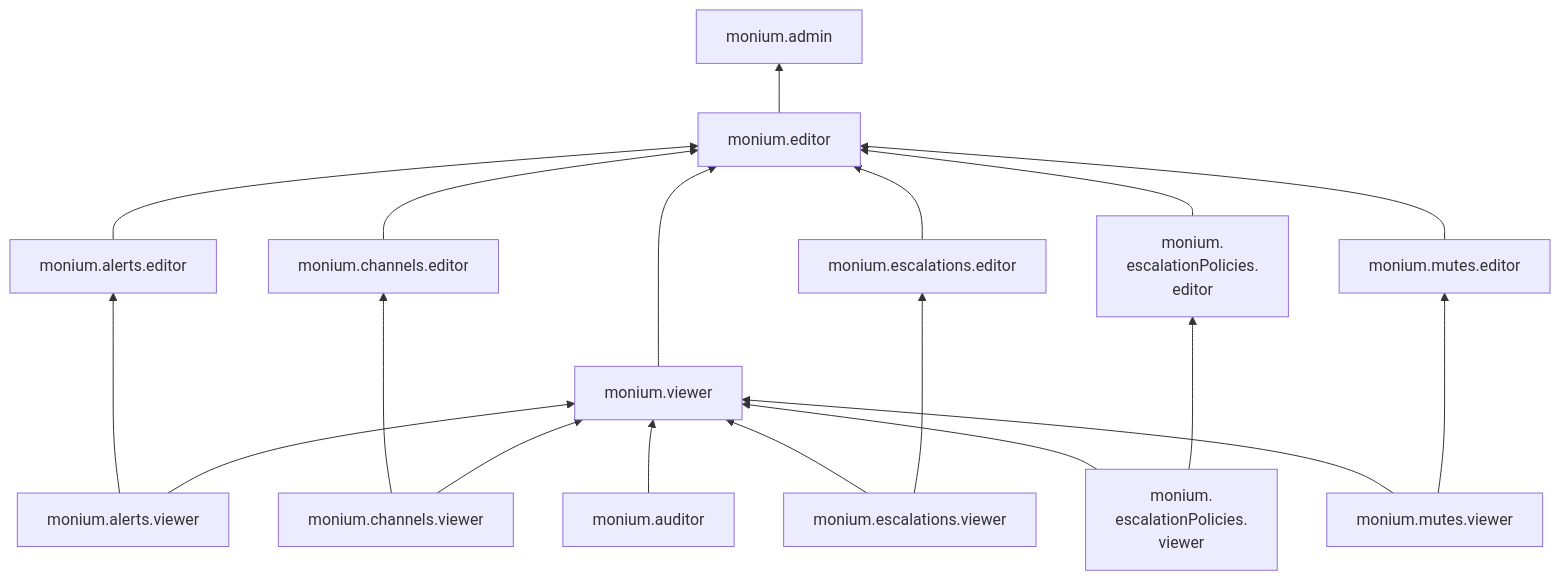
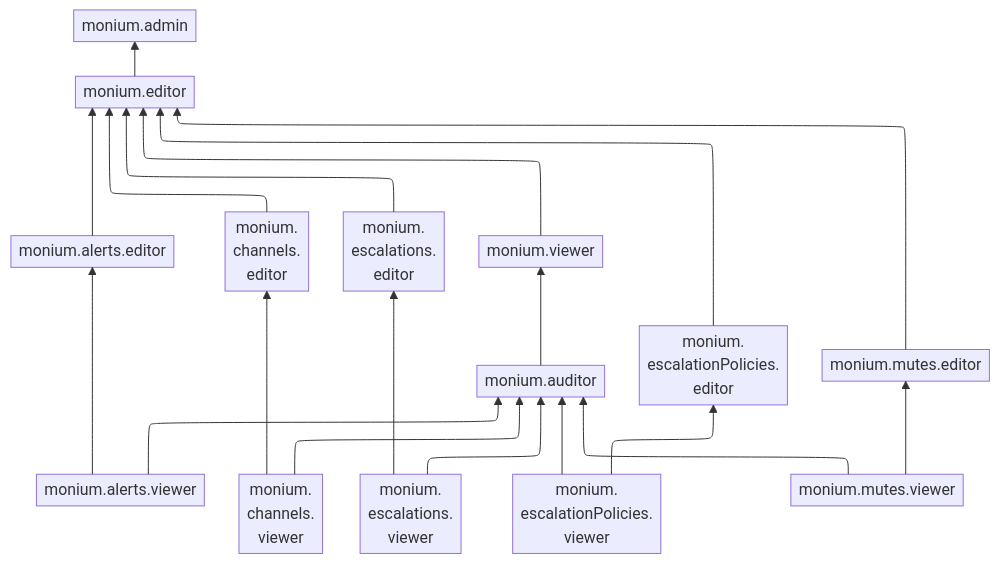
One commit to yandex-cloud/docs changed the diagram in en/_mermaid/roles/monium-alerts.md. Above: the diagram before and after it, drawn with Mermaid. The commit also changed 329 other files, not shown here.

````diff
--- a/en/_mermaid/roles/monium-alerts.md
+++ b/en/_mermaid/roles/monium-alerts.md
@@ -2,21 +1,25 @@
 ```mermaid
+%%{init: {"flowchart": {'defaultRenderer': 'elk', 'padding': 4}} }%%
 flowchart BT
-    monium.editor --> monium.admin
-    monium.alerts.viewer ---> monium.alerts.editor
-    monium.alerts.viewer --> monium.viewer
-    monium.channels.viewer ---> monium.channels.editor
-    monium.channels.viewer --> monium.viewer
-    monium.escalations.viewer --> monium.viewer
-    monium.escalations.viewer ---> monium.escalations.editor
-    monium.auditor --> monium.viewer
-    monium.escalationPolicies.viewer["monium.<br>escalationPolicies.<br>viewer"] --> monium.viewer
-    monium.escalationPolicies.viewer["monium.<br>escalationPolicies.<br>viewer"] ---> monium.escalationPolicies.editor["monium.<br>escalationPolicies.<br>editor"]
-    monium.mutes.viewer --> monium.viewer
-    monium.mutes.viewer ---> monium.mutes.editor
+    monium.alerts.viewer --> monium.alerts.editor
+    monium.alerts.viewer --> monium.auditor
+    monium.alerts.editor --> monium.editor
+
+    monium.channels.viewer["monium.<br>channels.<br>viewer"] --> monium.channels.editor["monium.<br>channels.<br>editor"]
+    monium.channels.viewer --> monium.auditor
     monium.channels.editor --> monium.editor
-    monium.alerts.editor --> monium.editor
-    monium.viewer --> monium.editor
+
+    monium.escalations.viewer["monium.<br>escalations.<br>viewer"] --> monium.auditor
+    monium.escalations.viewer --> monium.escalations.editor["monium.<br>escalations.<br>editor"]
     monium.escalations.editor --> monium.editor
+
+    monium.escalationPolicies.viewer["monium.<br>escalationPolicies.<br>viewer"] --> monium.auditor
+    monium.escalationPolicies.viewer["monium.<br>escalationPolicies.<br>viewer"] --> monium.escalationPolicies.editor["monium.<br>escalationPolicies.<br>editor"]
     monium.escalationPolicies.editor["monium.<br>escalationPolicies.<br>editor"] --> monium.editor
+
+    monium.mutes.viewer --> monium.auditor
+    monium.mutes.viewer --> monium.mutes.editor
     monium.mutes.editor --> monium.editor
+
+    monium.auditor --> monium.viewer --> monium.editor --> monium.admin
 ```
````
